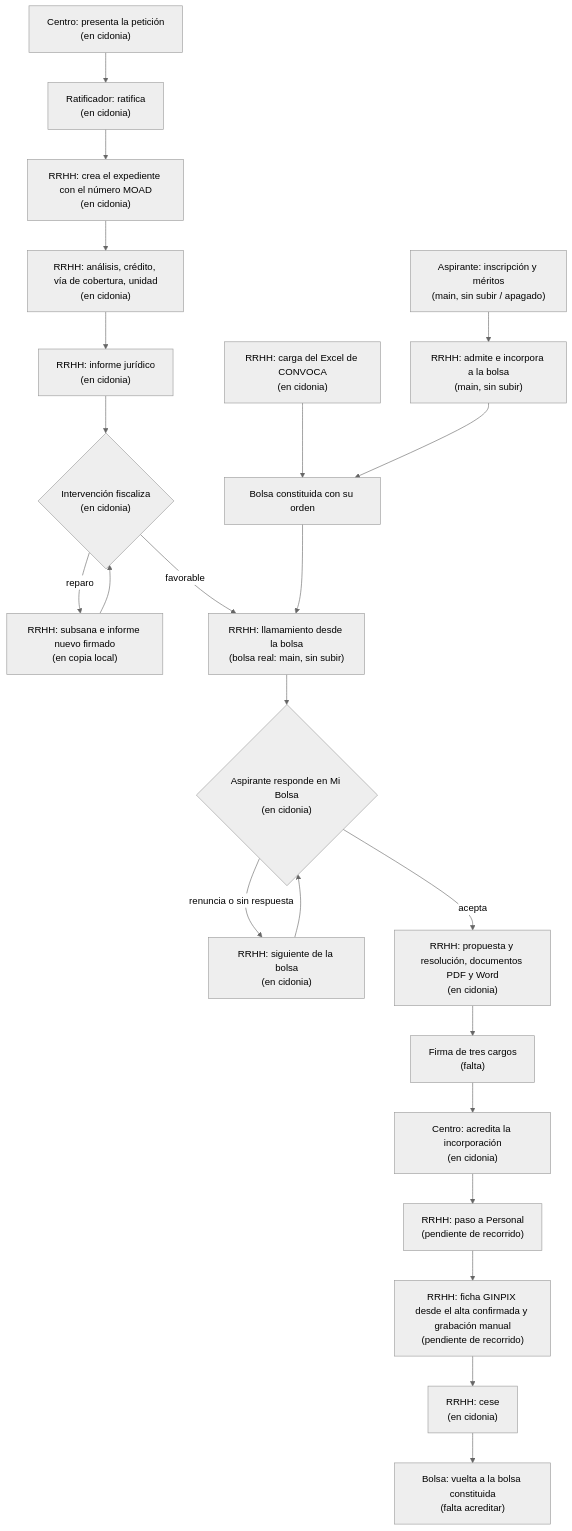
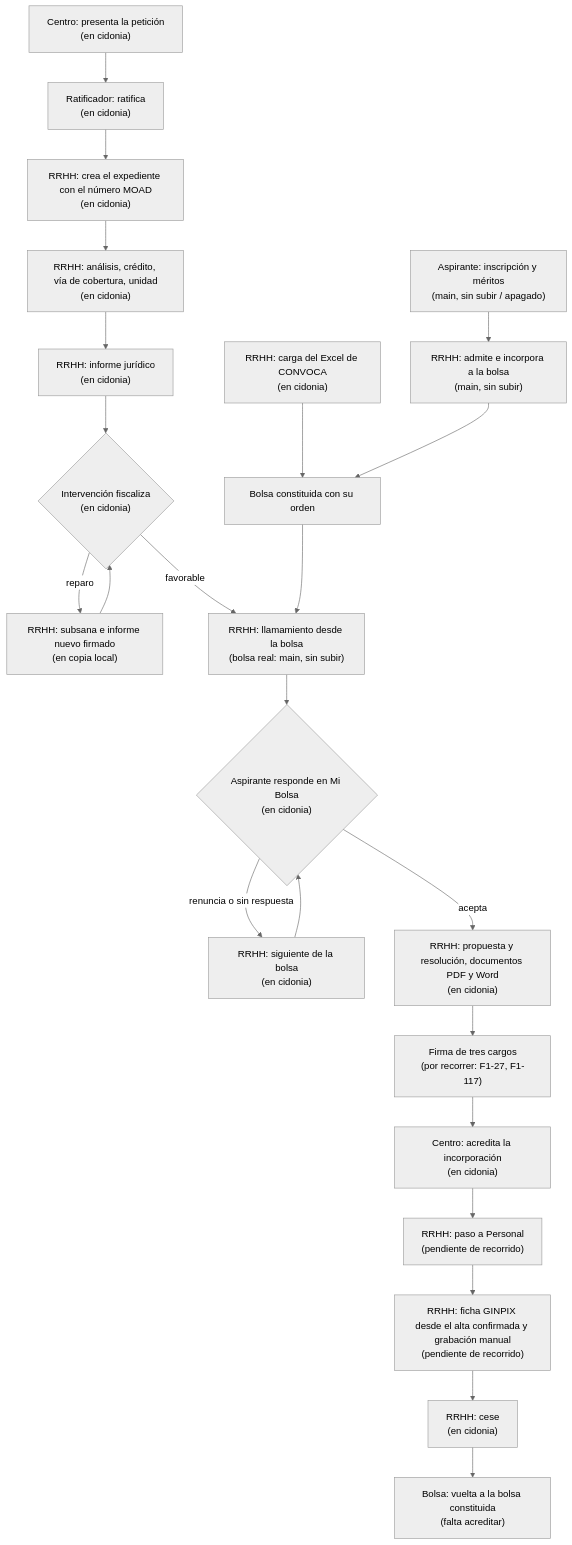
The first of 3 diagrams in docs/producto/FLUJO_APP.md (aavidad/VEC_Diputacion_app), drawn with Mermaid (neutral theme) before and after one commit. The commit also changed other lines of this file and 2 other files, not shown here.

````diff
--- a/docs/producto/FLUJO_APP.md
+++ b/docs/producto/FLUJO_APP.md
@@ -394,25 +394,25 @@
 ```mermaid
 flowchart TD
   A1["Aspirante: inscripción y méritos<br/>(main, sin subir / apagado)"] --> R1["RRHH: admite e incorpora a la bolsa<br/>(main, sin subir)"]
   R0["RRHH: carga del Excel de CONVOCA<br/>(en cidonia)"] --> B["Bolsa constituida con su orden"]
   R1 --> B
   C1["Centro: presenta la petición<br/>(en cidonia)"] --> C2["Ratificador: ratifica<br/>(en cidonia)"]
   C2 --> R2["RRHH: crea el expediente con el número MOAD<br/>(en cidonia)"]
   R2 --> R3["RRHH: análisis, crédito, vía de cobertura, unidad<br/>(en cidonia)"]
   R3 --> R4["RRHH: informe jurídico<br/>(en cidonia)"]
   R4 --> I1{"Intervención fiscaliza<br/>(en cidonia)"}
   I1 -- reparo --> R5["RRHH: subsana e informe nuevo firmado<br/>(en copia local)"]
   R5 --> I1
   I1 -- favorable --> L1["RRHH: llamamiento desde la bolsa<br/>(bolsa real: main, sin subir)"]
   B --> L1
   L1 --> A2{"Aspirante responde en Mi Bolsa<br/>(en cidonia)"}
   A2 -- renuncia o sin respuesta --> L2["RRHH: siguiente de la bolsa<br/>(en cidonia)"]
   L2 --> A2
   A2 -- acepta --> R6["RRHH: propuesta y resolución, documentos PDF y Word<br/>(en cidonia)"]
-  R6 --> F1["Firma de tres cargos<br/>(falta)"]
+  R6 --> F1["Firma de tres cargos<br/>(por recorrer: F1-27, F1-117)"]
   F1 --> C3["Centro: acredita la incorporación<br/>(en cidonia)"]
   C3 --> P1["RRHH: paso a Personal<br/>(pendiente de recorrido)"]
   P1 --> G1["RRHH: ficha GINPIX desde el alta confirmada y grabación manual<br/>(pendiente de recorrido)"]
   G1 --> S1["RRHH: cese<br/>(en cidonia)"]
   S1 --> B2["Bolsa: vuelta a la bolsa constituida<br/>(falta acreditar)"]
 ```
````
